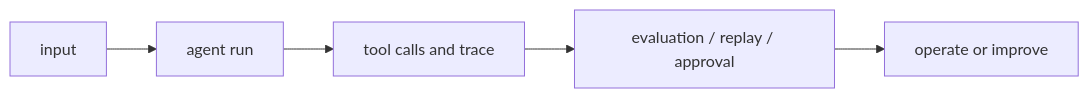
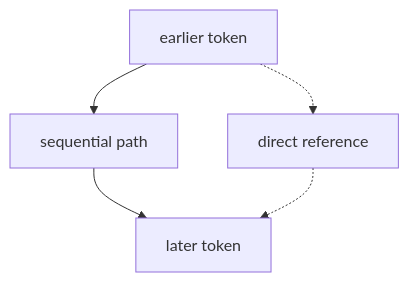
One commit to devchan64/AiBook changed the first of 2 diagrams in docs/parts/part-05/chapter-14/section-02.md. Above: the diagram before and after it, drawn with Mermaid. The commit also changed other lines of this file and 213 other files, not shown here.

````diff
--- a/docs/parts/part-05/chapter-14/section-02.md
+++ b/docs/parts/part-05/chapter-14/section-02.md
@@ -79,13 +116,12 @@
 ```mermaid
-flowchart LR
-  A["input"]
-  B["agent run"]
-  C["tool calls and trace"]
-  D["evaluation / replay / approval"]
-  E["operate or improve"]
+flowchart TD
+  A["earlier token"]
+  B["sequential path"]
+  C["later token"]
+  D["direct reference"]
 
   A --> B
   B --> C
-  C --> D
-  D --> E
+  A -.-> D
+  D -.-> C
 ```
````
